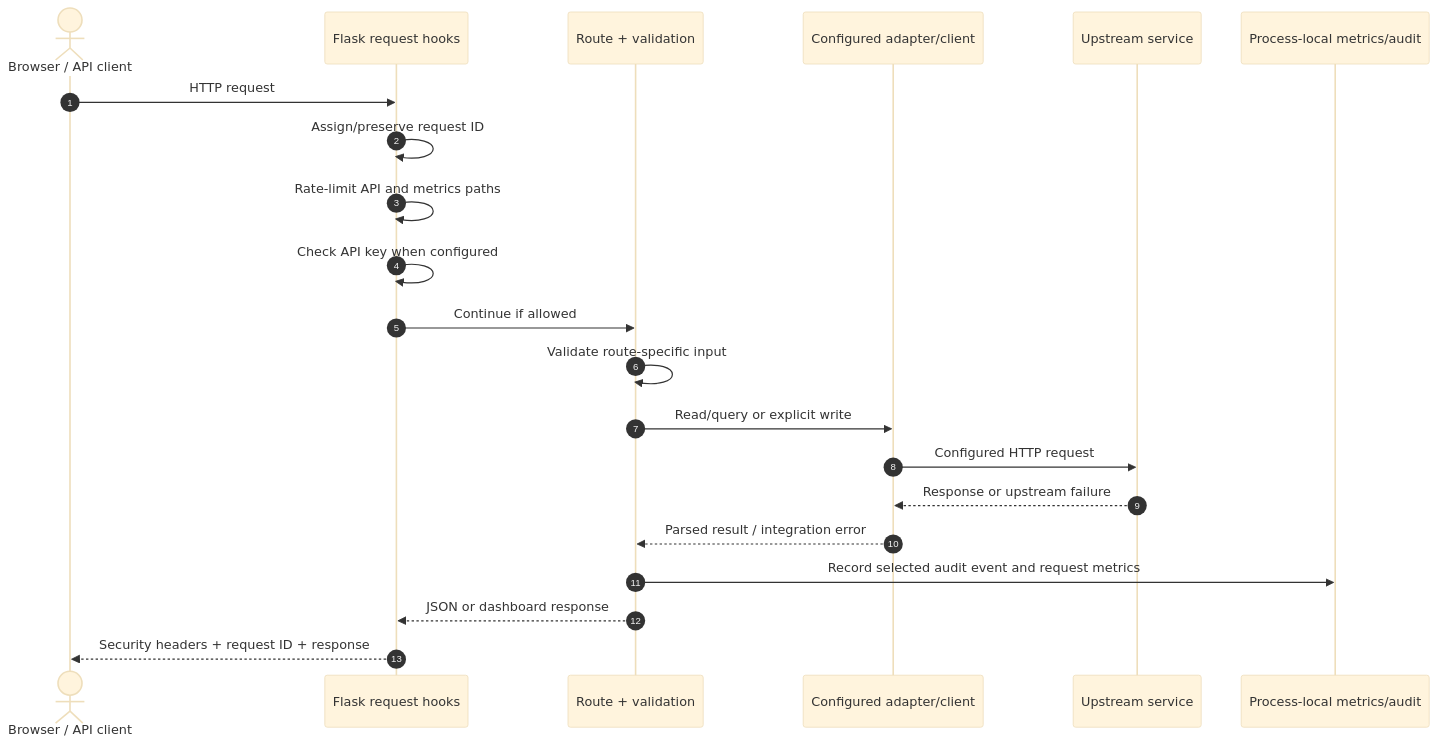
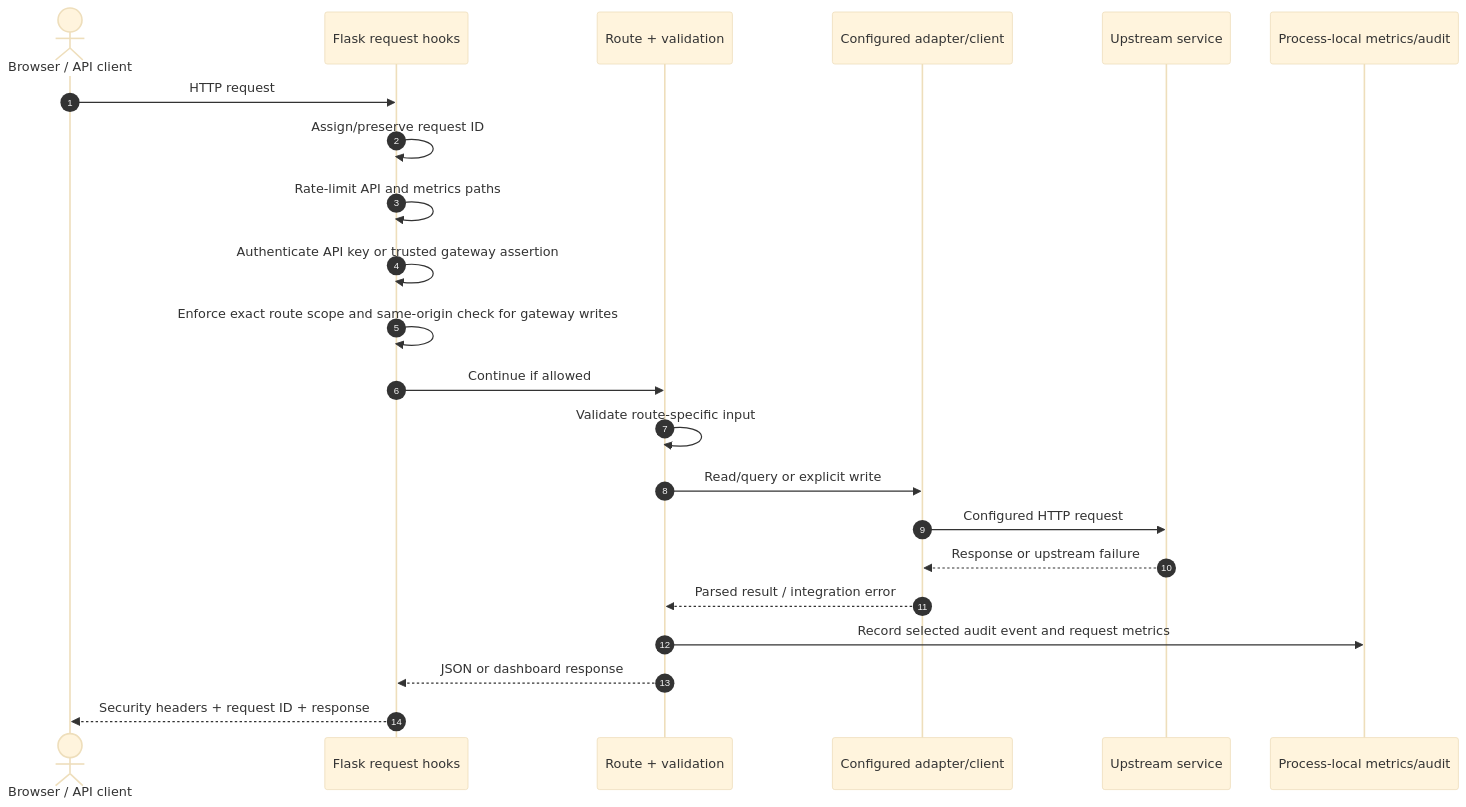
One commit to RajaMuhammadAwais/AiOps changed the second of 3 diagrams in ARCHITECTURE.md. Above: the diagram before and after it, drawn with Mermaid (base theme). The commit also changed other lines of this file and 8 other files, not shown here.

````diff
--- a/ARCHITECTURE.md
+++ b/ARCHITECTURE.md
@@ -51,24 +51,25 @@
 ```mermaid
 sequenceDiagram
     autonumber
     actor User as Browser / API client
     participant App as Flask request hooks
     participant Route as Route + validation
     participant Client as Configured adapter/client
     participant Upstream as Upstream service
     participant Local as Process-local metrics/audit
 
     User->>App: HTTP request
     App->>App: Assign/preserve request ID
     App->>App: Rate-limit API and metrics paths
-    App->>App: Check API key when configured
+    App->>App: Authenticate API key or trusted gateway assertion
+    App->>App: Enforce exact route scope and same-origin check for gateway writes
     App->>Route: Continue if allowed
     Route->>Route: Validate route-specific input
     Route->>Client: Read/query or explicit write
     Client->>Upstream: Configured HTTP request
     Upstream-->>Client: Response or upstream failure
     Client-->>Route: Parsed result / integration error
     Route->>Local: Record selected audit event and request metrics
     Route-->>App: JSON or dashboard response
     App-->>User: Security headers + request ID + response
 ```
````
